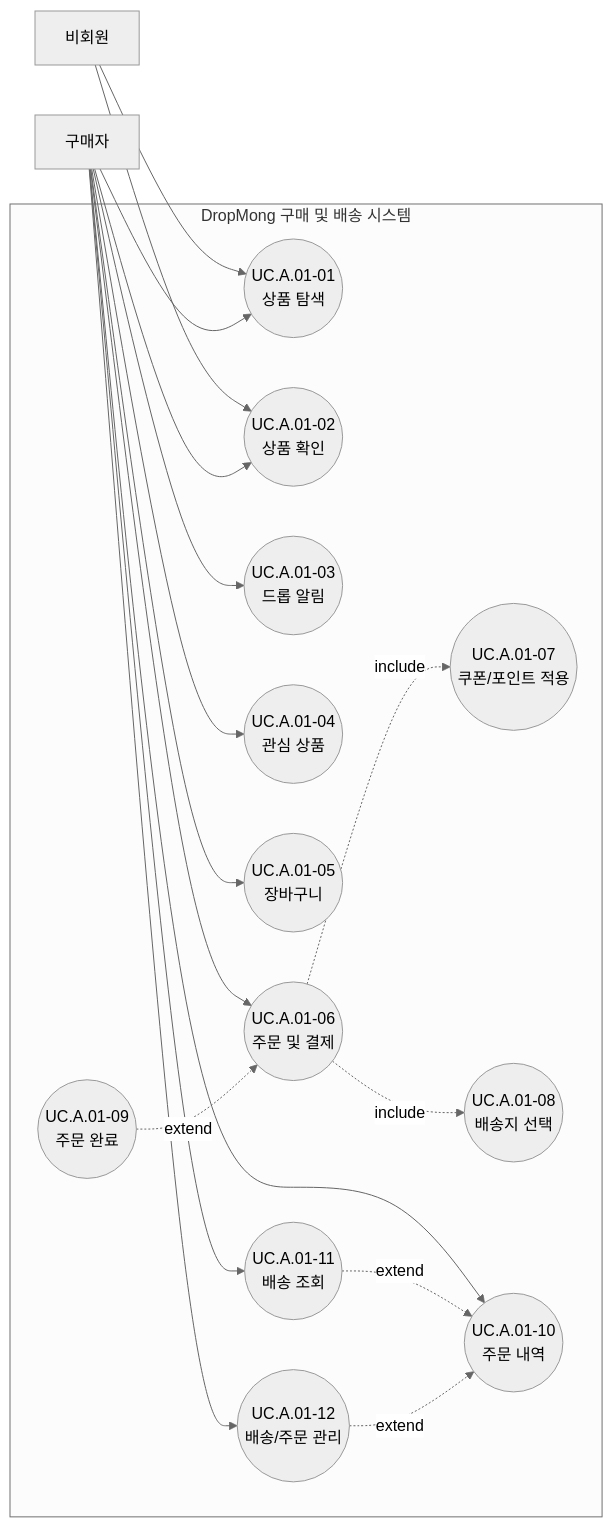
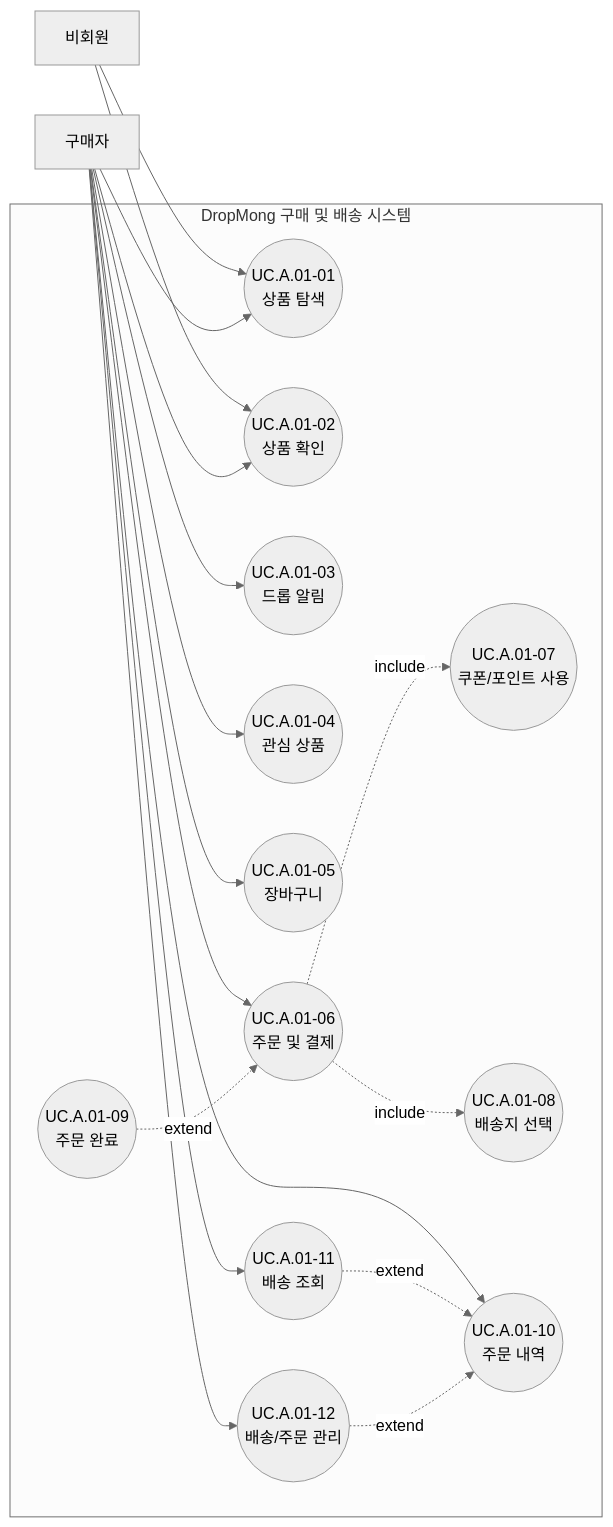
One commit to Medikong/archive changed the diagram in blueprint/30-uc/UC_A_01_buyer_purchase_delivery.md. Above: the diagram before and after it, drawn with Mermaid (neutral theme). The commit also changed other lines of this file and 9 other files, not shown here.

````diff
--- a/blueprint/30-uc/UC_A_01_buyer_purchase_delivery.md
+++ b/blueprint/30-uc/UC_A_01_buyer_purchase_delivery.md
@@ -35,39 +35,39 @@
 ```mermaid
 flowchart LR
     Guest["비회원"]
     Buyer["구매자"]
 
     subgraph CommerceSystem["DropMong 구매 및 배송 시스템"]
         UC0101(("UC.A.01-01<br/>상품 탐색"))
         UC0102(("UC.A.01-02<br/>상품 확인"))
         UC0103(("UC.A.01-03<br/>드롭 알림"))
         UC0104(("UC.A.01-04<br/>관심 상품"))
         UC0105(("UC.A.01-05<br/>장바구니"))
         UC0106(("UC.A.01-06<br/>주문 및 결제"))
-        UC0107(("UC.A.01-07<br/>쿠폰/포인트 적용"))
+        UC0107(("UC.A.01-07<br/>쿠폰/포인트 사용"))
         UC0108(("UC.A.01-08<br/>배송지 선택"))
         UC0109(("UC.A.01-09<br/>주문 완료"))
         UC0110(("UC.A.01-10<br/>주문 내역"))
         UC0111(("UC.A.01-11<br/>배송 조회"))
         UC0112(("UC.A.01-12<br/>배송/주문 관리"))
     end
 
     Guest --> UC0101
     Guest --> UC0102
 
     Buyer --> UC0101
     Buyer --> UC0102
     Buyer --> UC0103
     Buyer --> UC0104
     Buyer --> UC0105
     Buyer --> UC0106
     Buyer --> UC0110
     Buyer --> UC0111
     Buyer --> UC0112
 
     UC0106 -. "include" .-> UC0107
     UC0106 -. "include" .-> UC0108
     UC0109 -. "extend" .-> UC0106
     UC0111 -. "extend" .-> UC0110
     UC0112 -. "extend" .-> UC0110
 ```
````
